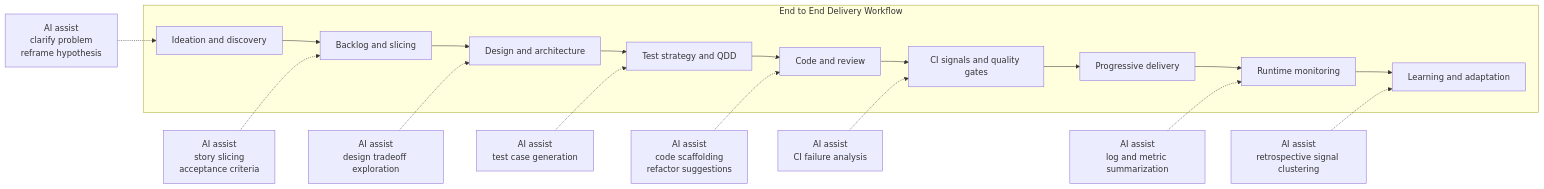
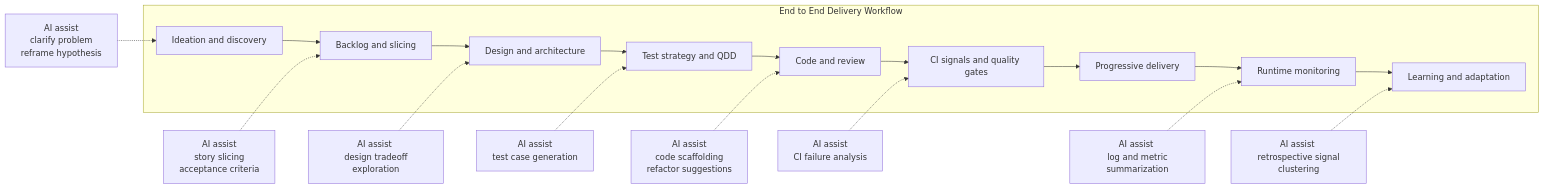
Before and after one commit to awsvkvims/ai-assisted-agile-delivery-playbook: the second of 3 diagrams in ARCHITECTURE-AT-A-GLANCE.md, drawn with Mermaid. The commit also changed other lines of this file and 1 other file, not shown here.

Commit message:
refactor: updated architecture at a glance for newlines

````diff
--- a/ARCHITECTURE-AT-A-GLANCE.md
+++ b/ARCHITECTURE-AT-A-GLANCE.md
@@ -48,35 +48,35 @@
 ``` mermaid
 flowchart LR
 
   subgraph WF[End to End Delivery Workflow]
     I[Ideation and discovery]
     B[Backlog and slicing]
     D[Design and architecture]
     T[Test strategy and QDD]
     DEV[Code and review]
     CI[CI signals and quality gates]
     CD[Progressive delivery]
     RUN[Runtime monitoring]
     LRN[Learning and adaptation]
 
     I --> B --> D --> T --> DEV --> CI --> CD --> RUN --> LRN
   end
 
-  AI1[AI assist\nclarify problem\nreframe hypothesis]
-  AI2[AI assist\nstory slicing\nacceptance criteria]
-  AI3[AI assist\ndesign tradeoff exploration]
-  AI4[AI assist\ntest case generation]
-  AI5[AI assist\ncode scaffolding\nrefactor suggestions]
-  AI6[AI assist\nCI failure analysis]
-  AI7[AI assist\nlog and metric summarization]
-  AI8[AI assist\nretrospective signal clustering]
+  AI1[AI assist <br/> clarify problem <br/> reframe hypothesis]
+  AI2[AI assist <br/> story slicing <br/> acceptance criteria]
+  AI3[AI assist <br/> design tradeoff exploration]
+  AI4[AI assist <br/> test case generation]
+  AI5[AI assist <br/> code scaffolding <br/> refactor suggestions]
+  AI6[AI assist <br/> CI failure analysis]
+  AI7[AI assist <br/> log and metric summarization]
+  AI8[AI assist <br/> retrospective signal clustering]
 
   AI1 -.-> I
   AI2 -.-> B
   AI3 -.-> D
   AI4 -.-> T
   AI5 -.-> DEV
   AI6 -.-> CI
   AI7 -.-> RUN
   AI8 -.-> LRN
 ```
````
